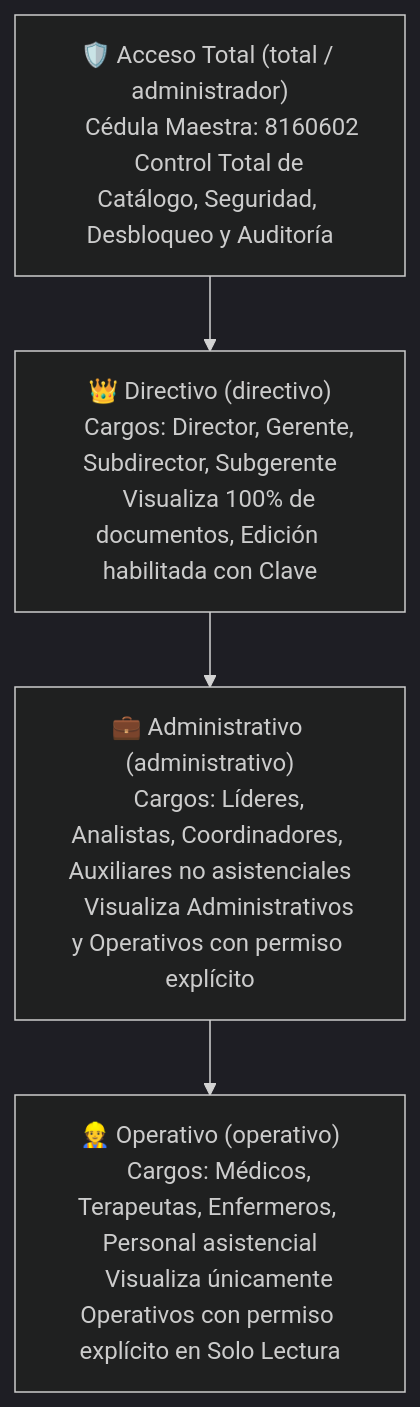
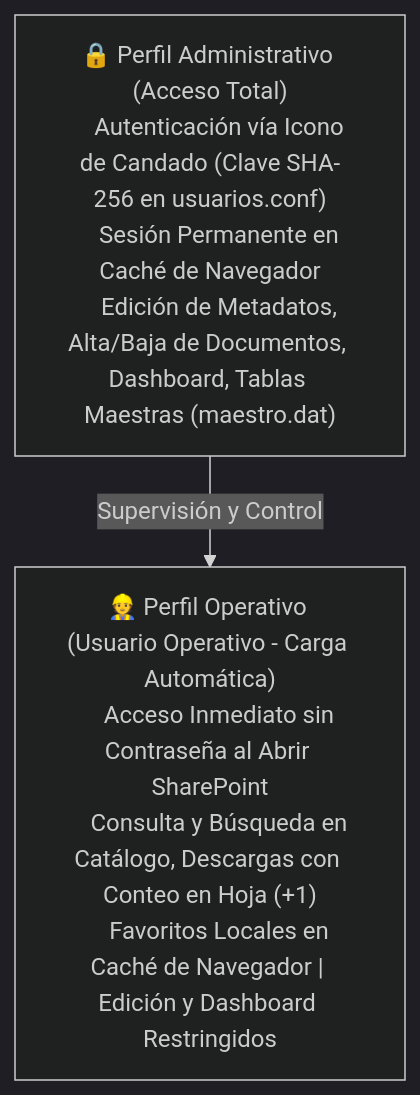
The fourth of 14 diagrams in reglas_de_negocio.md (unionsaludvida2/gestiondocumental), drawn with Mermaid (dark theme) before and after one commit. The commit also changed other lines of this file and 12 other files, not shown here.

````diff
--- a/reglas_de_negocio.md
+++ b/reglas_de_negocio.md
@@ -310,22 +309,14 @@
 ```mermaid
 graph TD
-    TOTAL["🛡️ Acceso Total (total / administrador)
-    Cédula Maestra: 8160602
-    Control Total de Catálogo, Seguridad, Desbloqueo y Auditoría"]
+    ADM["🔒 Perfil Administrativo (Acceso Total)
+    Autenticación vía Icono de Candado (Clave SHA-256 en usuarios.conf)
+    Sesión Permanente en Caché de Navegador
+    Edición de Metadatos, Alta/Baja de Documentos, Dashboard, Tablas Maestras (maestro.dat)"]
     
-    DIR["👑 Directivo (directivo)
-    Cargos: Director, Gerente, Subdirector, Subgerente
-    Visualiza 100% de documentos, Edición habilitada con Clave"]
-    
-    ADM["💼 Administrativo (administrativo)
-    Cargos: Líderes, Analistas, Coordinadores, Auxiliares no asistenciales
-    Visualiza Administrativos y Operativos con permiso explícito"]
-    
-    OPE["👷 Operativo (operativo)
-    Cargos: Médicos, Terapeutas, Enfermeros, Personal asistencial
-    Visualiza únicamente Operativos con permiso explícito en Solo Lectura"]
+    OPE["👷 Perfil Operativo (Usuario Operativo - Carga Automática)
+    Acceso Inmediato sin Contraseña al Abrir SharePoint
+    Consulta y Búsqueda en Catálogo, Descargas con Conteo en Hoja (+1)
+    Favoritos Locales en Caché de Navegador | Edición y Dashboard Restringidos"]
 
-    TOTAL --> DIR
-    DIR --> ADM
-    ADM --> OPE
+    ADM -->|Supervisión y Control| OPE
 ```
````
